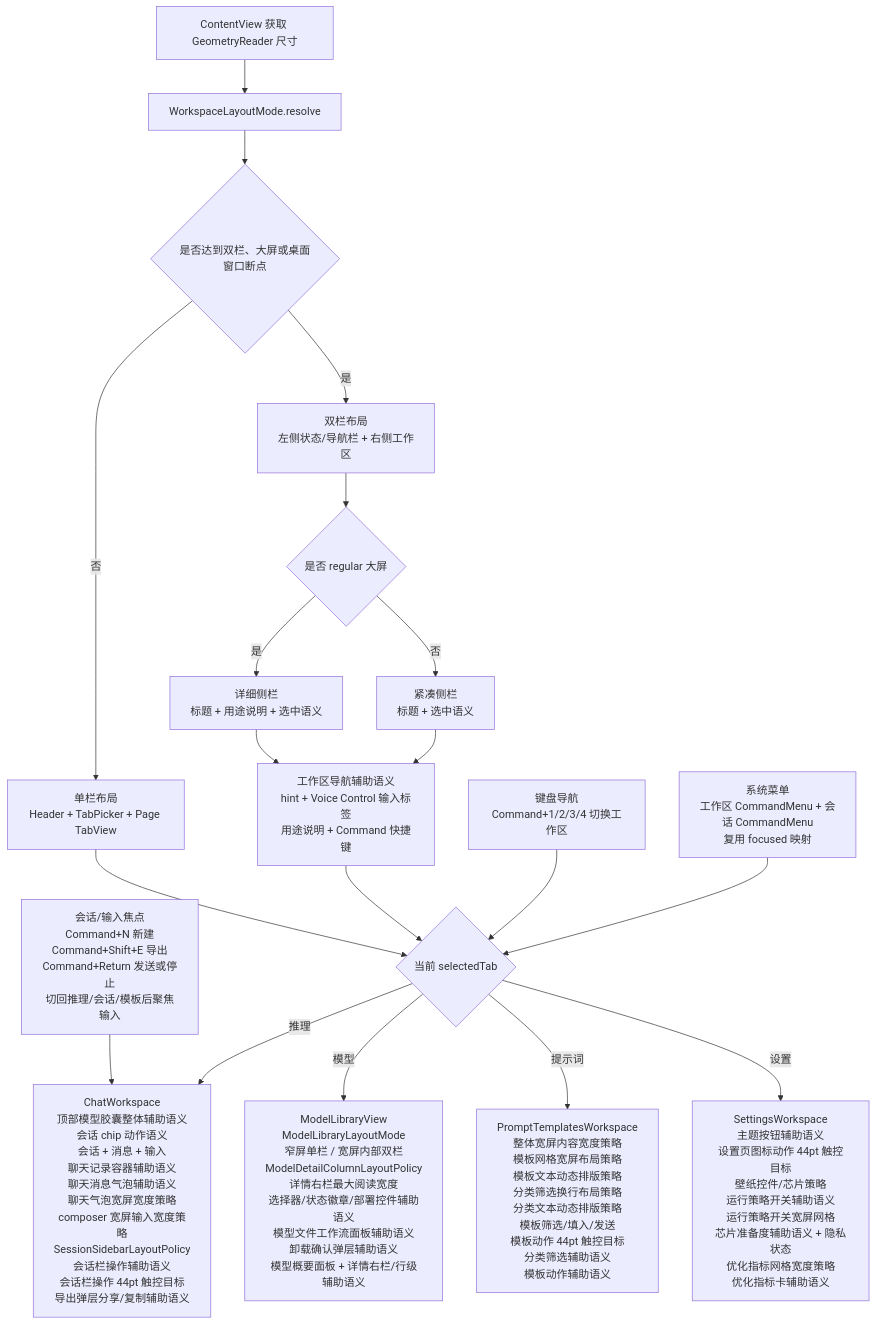
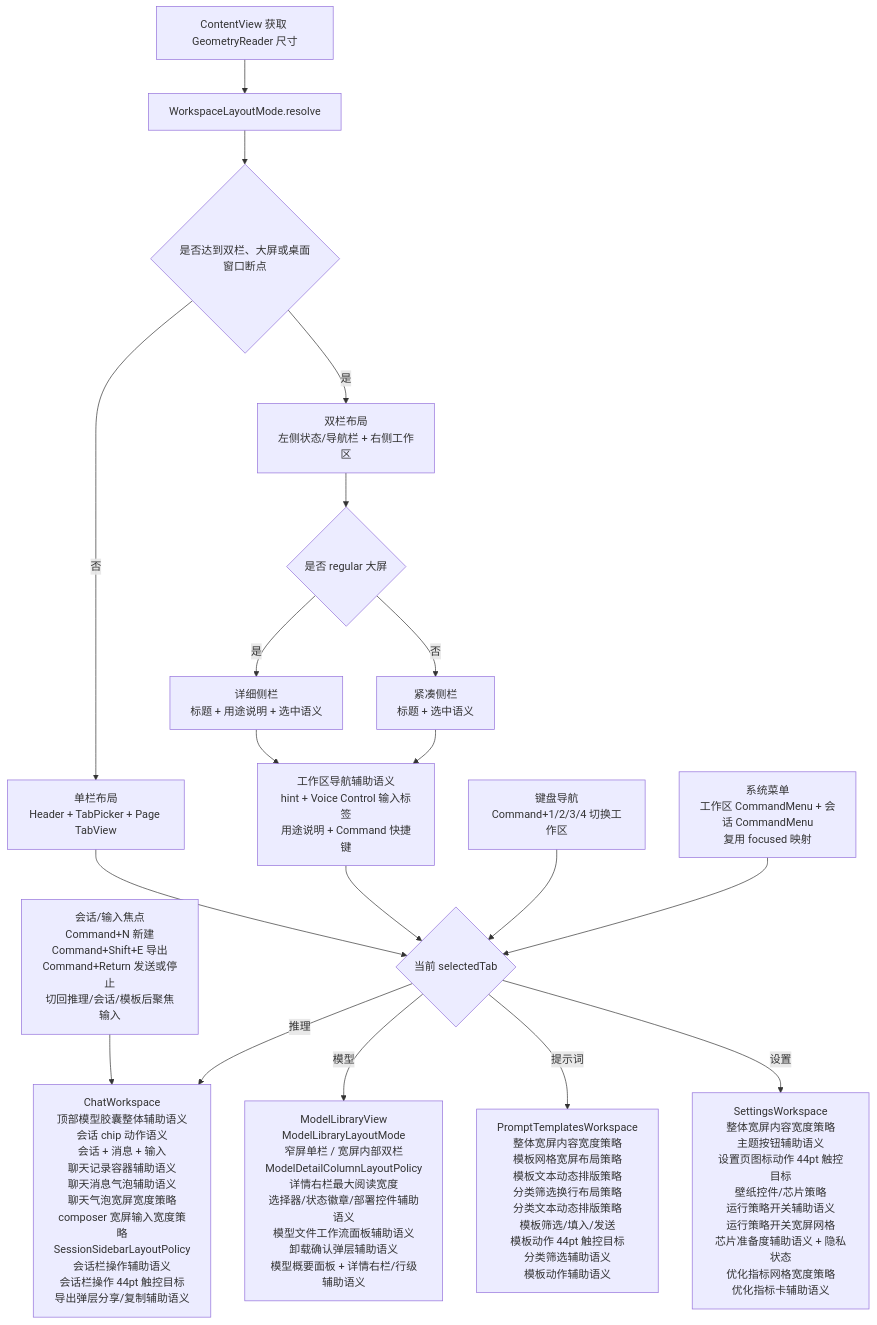
Before and after one commit to Altman-sam114/113: the fifth of 10 diagrams in md/flow/flowchart.md, drawn with Mermaid. The commit also changed other lines of this file and 8 other files, not shown here.

````diff
--- a/md/flow/flowchart.md
+++ b/md/flow/flowchart.md
@@ -84,21 +84,21 @@
 ```mermaid
 flowchart TD
     A[ContentView 获取 GeometryReader 尺寸] --> B[WorkspaceLayoutMode.resolve]
     B --> C{是否达到双栏、大屏或桌面窗口断点}
     C -- 否 --> D[单栏布局<br/>Header + TabPicker + Page TabView]
     C -- 是 --> E[双栏布局<br/>左侧状态/导航栏 + 右侧工作区]
     E --> N{是否 regular 大屏}
     N -- 是 --> O[详细侧栏<br/>标题 + 用途说明 + 选中语义]
     N -- 否 --> P[紧凑侧栏<br/>标题 + 选中语义]
     D --> F{当前 selectedTab}
     O --> X[工作区导航辅助语义<br/>hint + Voice Control 输入标签<br/>用途说明 + Command 快捷键]
     P --> X
     X --> F
     K[键盘导航<br/>Command+1/2/3/4 切换工作区] --> F
     M[系统菜单<br/>工作区 CommandMenu + 会话 CommandMenu<br/>复用 focused 映射] --> F
     L[会话/输入焦点<br/>Command+N 新建<br/>Command+Shift+E 导出<br/>Command+Return 发送或停止<br/>切回推理/会话/模板后聚焦输入] --> G
     F -- 推理 --> G[ChatWorkspace<br/>顶部模型胶囊整体辅助语义<br/>会话 chip 动作语义<br/>会话 + 消息 + 输入<br/>聊天记录容器辅助语义<br/>聊天消息气泡辅助语义<br/>聊天气泡宽屏宽度策略<br/>composer 宽屏输入宽度策略<br/>SessionSidebarLayoutPolicy<br/>会话栏操作辅助语义<br/>会话栏操作 44pt 触控目标<br/>导出弹层分享/复制辅助语义]
     F -- 模型 --> H[ModelLibraryView<br/>ModelLibraryLayoutMode<br/>窄屏单栏 / 宽屏内部双栏<br/>ModelDetailColumnLayoutPolicy<br/>详情右栏最大阅读宽度<br/>选择器/状态徽章/部署控件辅助语义<br/>模型文件工作流面板辅助语义<br/>卸载确认弹层辅助语义<br/>模型概要面板 + 详情右栏/行级辅助语义]
     F -- 提示词 --> I[PromptTemplatesWorkspace<br/>整体宽屏内容宽度策略<br/>模板网格宽屏布局策略<br/>模板文本动态排版策略<br/>分类筛选换行布局策略<br/>分类文本动态排版策略<br/>模板筛选/填入/发送<br/>模板动作 44pt 触控目标<br/>分类筛选辅助语义<br/>模板动作辅助语义]
-    F -- 设置 --> J[SettingsWorkspace<br/>主题按钮辅助语义<br/>设置页图标动作 44pt 触控目标<br/>壁纸控件/芯片策略<br/>运行策略开关辅助语义<br/>运行策略开关宽屏网格<br/>芯片准备度辅助语义 + 隐私状态<br/>优化指标网格宽度策略<br/>优化指标卡辅助语义]
+    F -- 设置 --> J[SettingsWorkspace<br/>整体宽屏内容宽度策略<br/>主题按钮辅助语义<br/>设置页图标动作 44pt 触控目标<br/>壁纸控件/芯片策略<br/>运行策略开关辅助语义<br/>运行策略开关宽屏网格<br/>芯片准备度辅助语义 + 隐私状态<br/>优化指标网格宽度策略<br/>优化指标卡辅助语义]
 ```
````
